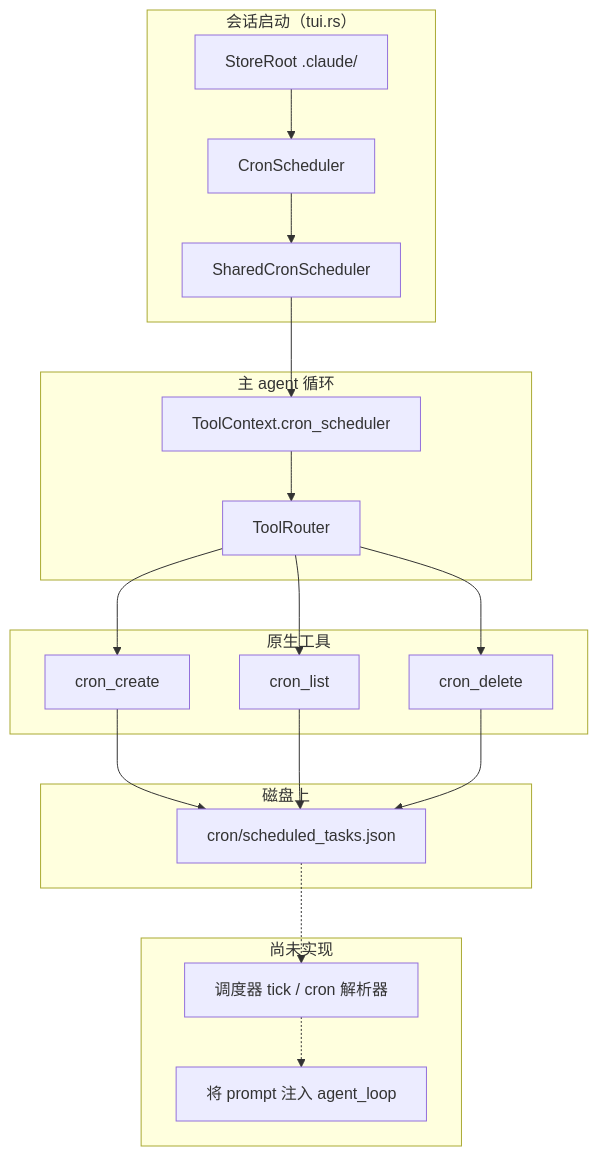
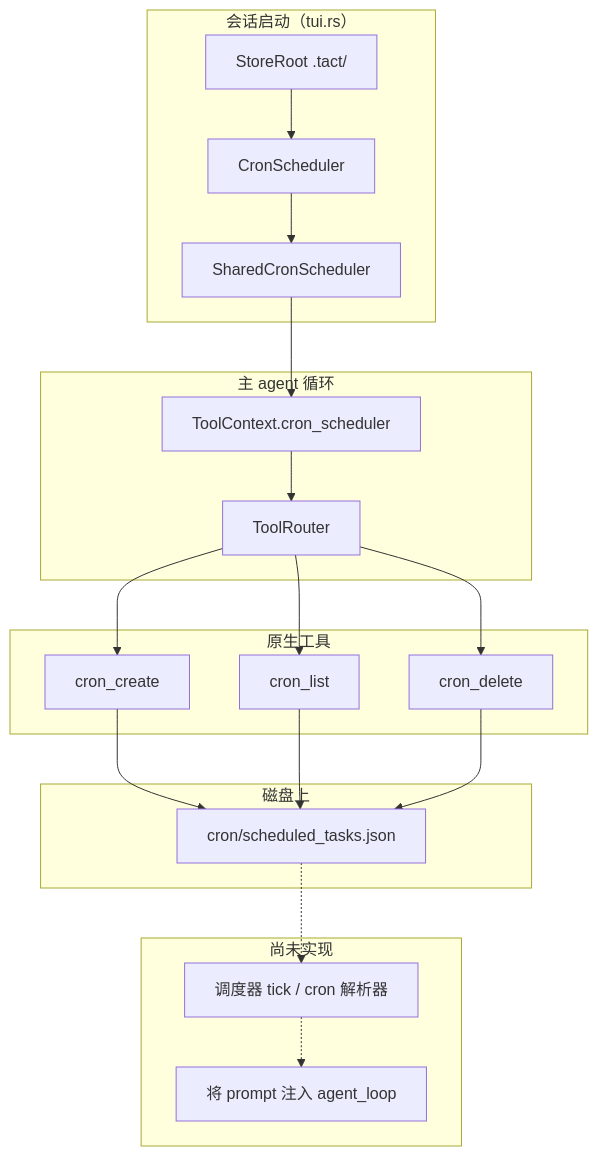
The first of 2 diagrams in book/16_chapter_cron_zh.md (rust-infra/tact), drawn with Mermaid before and after one commit. The commit also changed other lines of this file and 83 other files, not shown here.

````diff
--- a/book/16_chapter_cron_zh.md
+++ b/book/16_chapter_cron_zh.md
@@ -28,41 +28,41 @@
 ```mermaid
 graph TB
     subgraph Entry["会话启动（tui.rs）"]
-        SR[StoreRoot .claude/]
+        SR[StoreRoot .tact/]
         CS[CronScheduler]
         SCS[SharedCronScheduler]
         SR --> CS
         CS --> SCS
     end
 
     subgraph Agent["主 agent 循环"]
         TC[ToolContext.cron_scheduler]
         TR[ToolRouter]
         SCS --> TC
         TC --> TR
     end
 
     subgraph Tools["原生工具"]
         CC[cron_create]
         CL[cron_list]
         CD[cron_delete]
         TR --> CC
         TR --> CL
         TR --> CD
     end
 
     subgraph Store["磁盘上"]
         JSON["cron/scheduled_tasks.json"]
         CC --> JSON
         CL --> JSON
         CD --> JSON
     end
 
     subgraph Missing["尚未实现"]
         TICK[调度器 tick / cron 解析器]
         LOOP[将 prompt 注入 agent_loop]
     end
 
     JSON -.-> TICK
     TICK -.-> LOOP
 ```
````
